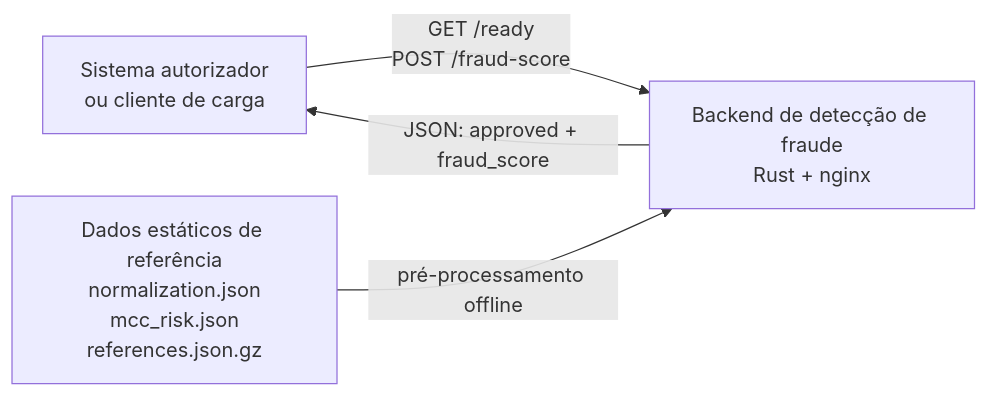
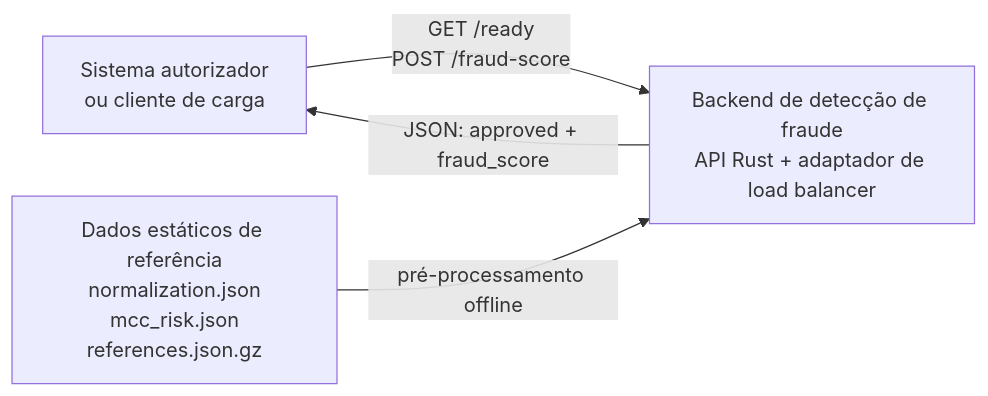
One commit to zanfranceschi/rinha-de-backend-2026 changed the first of 5 diagrams in docs/br/IMPLEMENTACAO_C4.md. Above: the diagram before and after it, drawn with Mermaid. The commit also changed other lines of this file and 8 other files, not shown here.

````diff
--- a/docs/br/IMPLEMENTACAO_C4.md
+++ b/docs/br/IMPLEMENTACAO_C4.md
@@ -16,10 +18,10 @@
 ```mermaid
 flowchart LR
     card[Sistema autorizador<br/>ou cliente de carga]
-    service[Backend de detecção de fraude<br/>Rust + nginx]
+    service[Backend de detecção de fraude<br/>API Rust + adaptador de load balancer]
     dataset[Dados estáticos de referência<br/>normalization.json<br/>mcc_risk.json<br/>references.json.gz]
 
     card -->|GET /ready<br/>POST /fraud-score| service
     dataset -->|pré-processamento offline| service
     service -->|JSON: approved + fraud_score| card
 ```
````
